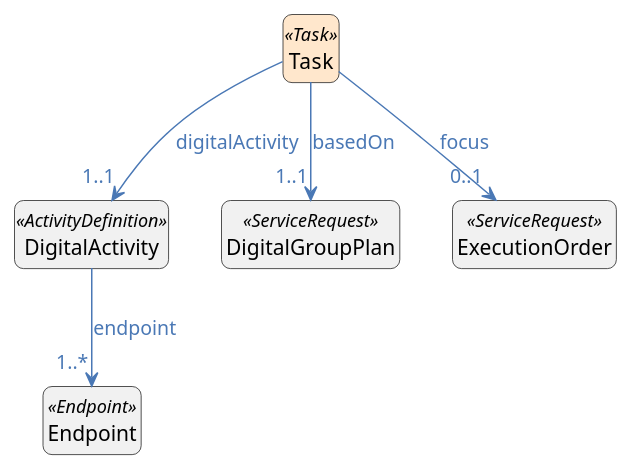
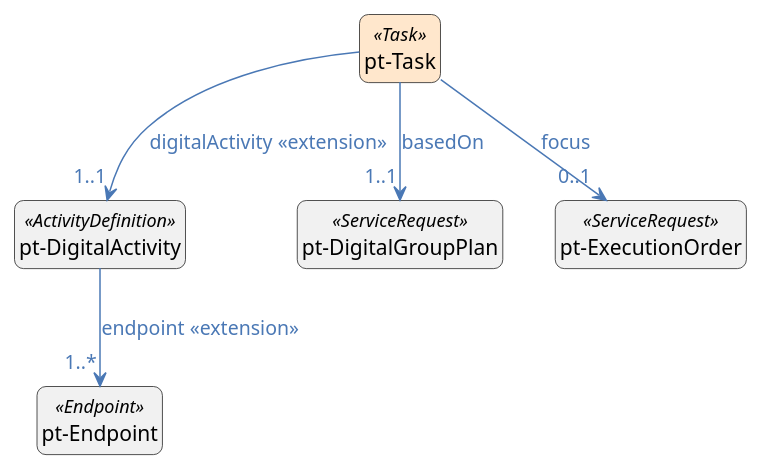
Before and after one commit to Stichting-MedMij/MedMij-R4-AanbiedersModule: the diagram in guides/medmij-r4-provider-tasks-ig/Home/.plantuml/FhirProfileOverview.page.md, drawn with PlantUML. The commit also changed 17 other files, not shown here.

```diff
--- a/guides/medmij-r4-provider-tasks-ig/Home/.plantuml/FhirProfileOverview.page.md
+++ b/guides/medmij-r4-provider-tasks-ig/Home/.plantuml/FhirProfileOverview.page.md
@@ -7,35 +7,35 @@
 @startuml
 hide circle
 hide empty members
 skinparam shadowing false
 skinparam roundcorner 12
 skinparam defaultFontName Segoe UI
 skinparam entity {
   BackgroundColor #F4F9FF
   BorderColor #4A78B5
   BorderThickness 1.5
   FontColor #1B2A4A
 }
 skinparam ArrowColor #4A78B5
 skinparam ArrowFontColor #4A78B5
 
-entity "DigitalActivity" as DigitalActivity <<ActivityDefinition>> {
+entity "pt-DigitalActivity" as DigitalActivity <<ActivityDefinition>> {
 }
 
-entity "DigitalGroupPlan" as DigitalGroupPlan <<ServiceRequest>> {
+entity "pt-DigitalGroupPlan" as DigitalGroupPlan <<ServiceRequest>> {
 }
 
-entity "Endpoint" as Endpoint <<Endpoint>> {
+entity "pt-Endpoint" as Endpoint <<Endpoint>> {
 }
 
-entity "ExecutionOrder" as ExecutionOrder <<ServiceRequest>> {
+entity "pt-ExecutionOrder" as ExecutionOrder <<ServiceRequest>> {
 }
 
-entity "Task" as Task <<Task>> #FFE7CC {
+entity "pt-Task" as Task <<Task>> #FFE7CC {
 }
 
-DigitalActivity --> "1..*" Endpoint : endpoint
+DigitalActivity --> "1..*" Endpoint : endpoint «extension»
 Task --> "0..1" ExecutionOrder : focus
-Task --> "1..1" DigitalActivity : digitalActivity
+Task --> "1..1" DigitalActivity : digitalActivity «extension»
 Task --> "1..1" DigitalGroupPlan : basedOn
 @enduml
```
